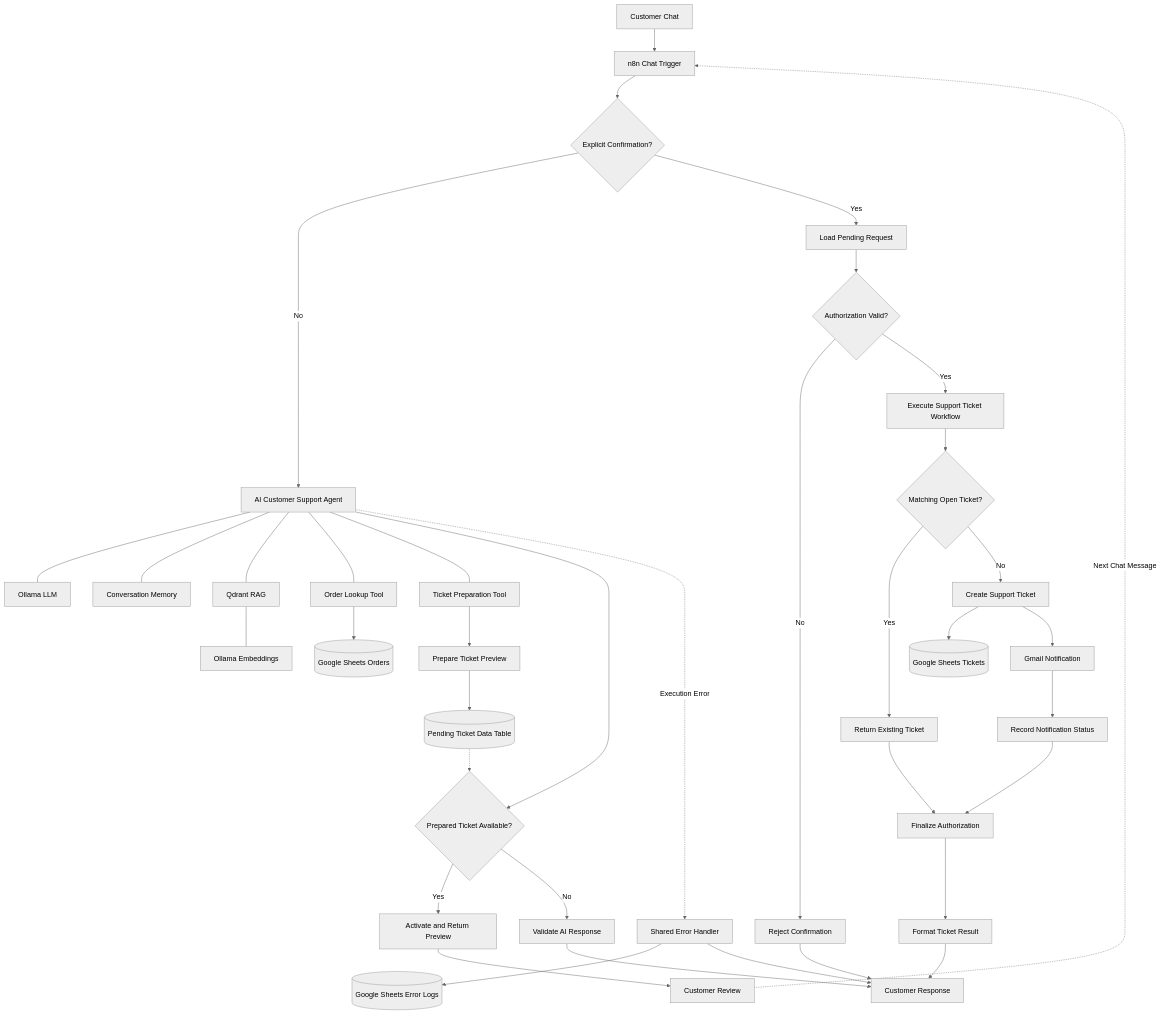
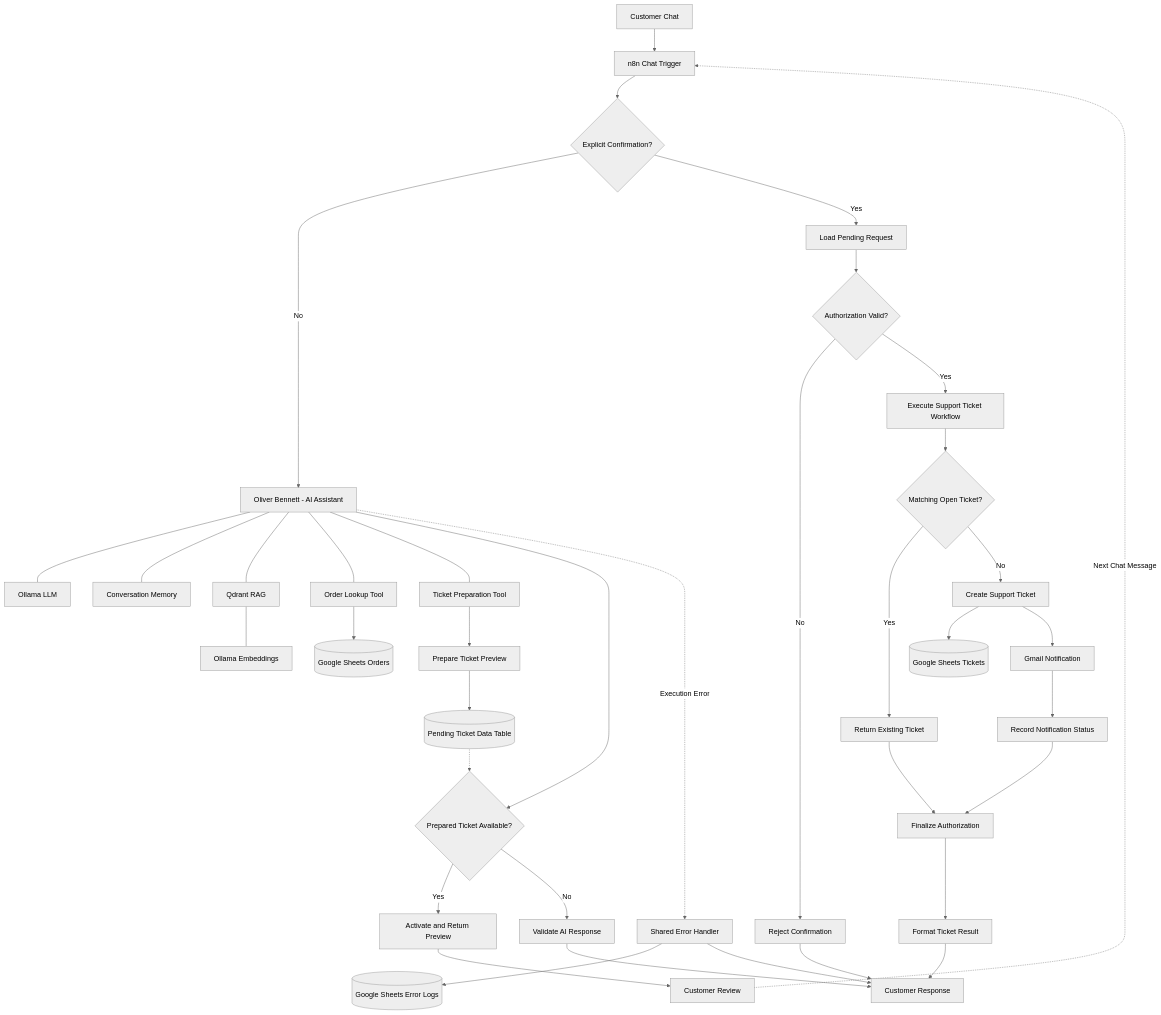
One commit to cenozoicwu/automation-portfolio changed the third of 3 diagrams in projects/range-explorer-customer-support/README.md. Above: the diagram before and after it, drawn with Mermaid (neutral theme). The commit also changed other lines of this file and 1 other file, not shown here.

````diff
--- a/projects/range-explorer-customer-support/README.md
+++ b/projects/range-explorer-customer-support/README.md
@@ -215,53 +254,40 @@
 ```mermaid
 flowchart TD
     A[Customer Chat] --> B[n8n Chat Trigger]
     B --> C{Explicit Confirmation?}
-
-    C -->|No| D[AI Customer Support Agent]
+    C -->|No| D[Oliver Bennett - AI Assistant]
     C -->|Yes| J[Load Pending Request]
-
     D --- E[Ollama LLM]
     D --- F[Conversation Memory]
     D --- G[Qdrant RAG]
     D --- H[Order Lookup Tool]
     D --- I[Ticket Preparation Tool]
-
     G --- GE[Ollama Embeddings]
     H --> HS[(Google Sheets Orders)]
-
     I --> P[Prepare Ticket Preview]
     P --> Q[(Pending Ticket Data Table)]
-
     D --> R{Prepared Ticket Available?}
     Q -.-> R
-
     R -->|Yes| S[Activate and Return Preview]
     R -->|No| T[Validate AI Response]
-
     S --> U[Customer Review]
     U -.->|Next Chat Message| B
-
     T --> V[Customer Response]
-
     J --> K{Authorization Valid?}
     K -->|No| L[Reject Confirmation]
     K -->|Yes| M[Execute Support Ticket Workflow]
-
     M --> N{Matching Open Ticket?}
     N -->|Yes| O[Return Existing Ticket]
     N -->|No| W[Create Support Ticket]
-
     W --> X[(Google Sheets Tickets)]
     W --> Y[Gmail Notification]
     Y --> Z[Record Notification Status]
-
     O --> AA[Finalize Authorization]
     Z --> AA
     AA --> AB[Format Ticket Result]
     AB --> V
     L --> V
-
     D -.->|Execution Error| EH[Shared Error Handler]
     EH --> EL[(Google Sheets Error Logs)]
     EH --> V
 ```
````
